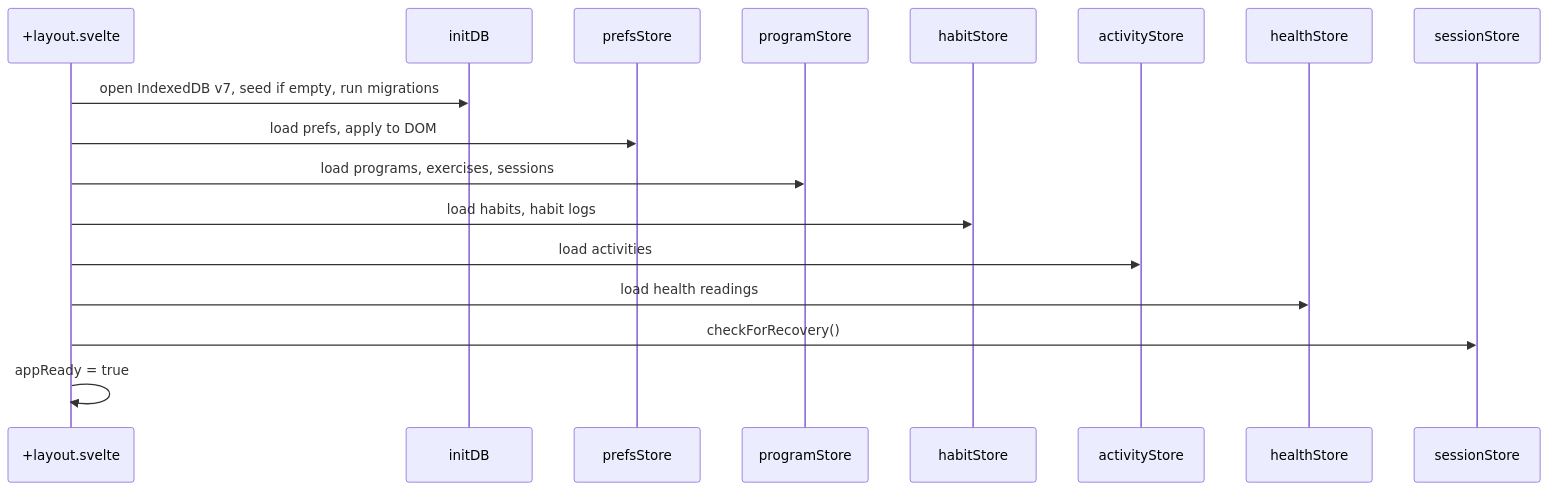
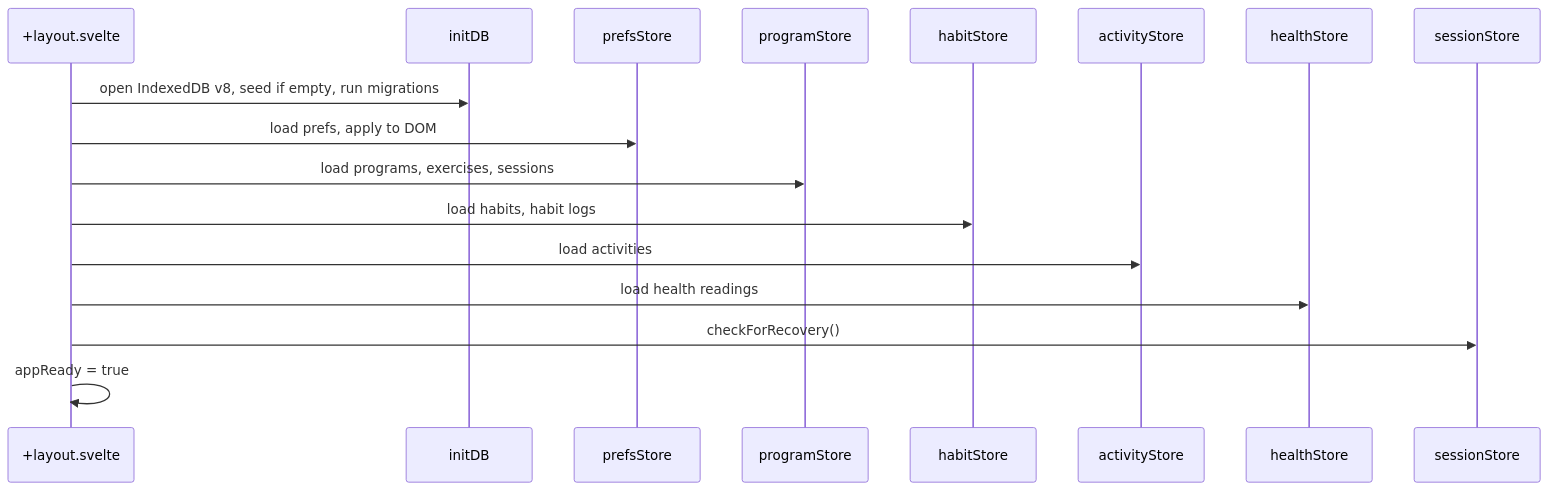
The second of 2 diagrams in docs/implementation/app-structure.md (jermbo/CosmicWorkOut), drawn with Mermaid before and after one commit. The commit also changed other lines of this file and 55 other files, not shown here.

````diff
--- a/docs/implementation/app-structure.md
+++ b/docs/implementation/app-structure.md
@@ -60,20 +74,20 @@
 ```mermaid
 sequenceDiagram
     participant L as +layout.svelte
     participant DB as initDB
     participant P as prefsStore
     participant Prog as programStore
     participant H as habitStore
     participant A as activityStore
     participant He as healthStore
     participant S as sessionStore
 
-    L->>DB: open IndexedDB v7, seed if empty, run migrations
+    L->>DB: open IndexedDB v8, seed if empty, run migrations
     L->>P: load prefs, apply to DOM
     L->>Prog: load programs, exercises, sessions
     L->>H: load habits, habit logs
     L->>A: load activities
     L->>He: load health readings
     L->>S: checkForRecovery()
     L->>L: appReady = true
 ```
````
